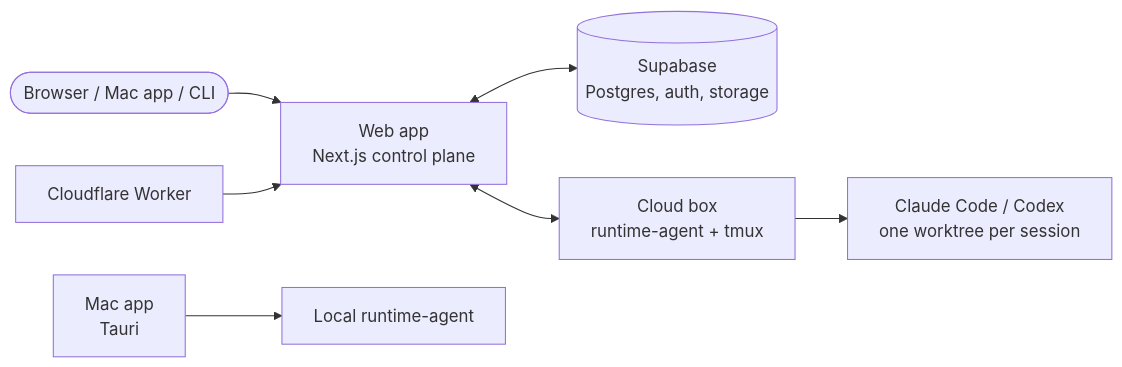
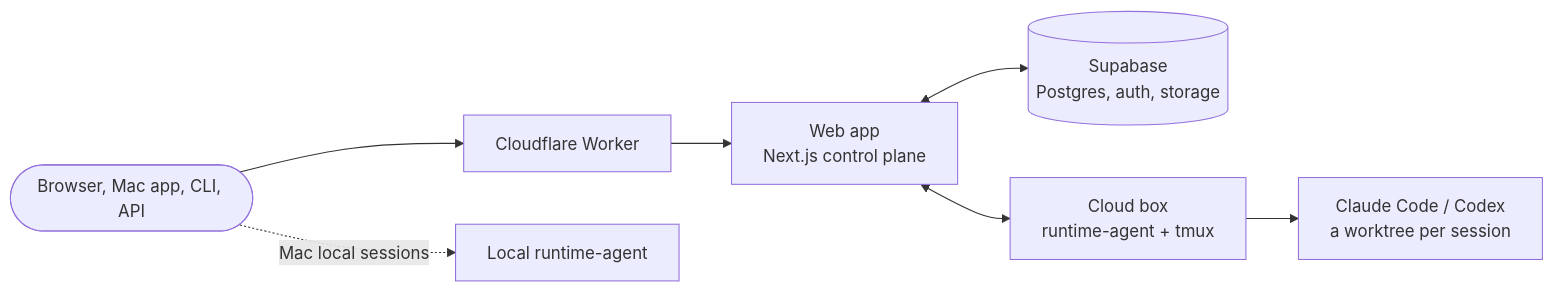
One commit to outrunner-sh/outrunner changed the diagram in README.md. Above: the diagram before and after it, drawn with Mermaid. The commit also changed 1 other file, not shown here.

Commit message:
README: tighter hero crop and a simpler architecture diagram
Crop the hero to the app window with transparent rounded corners so it sits
cleanly on GitHub's light theme, and put the Cloudflare Worker in front of
the control plane in the diagram.

````diff
--- a/README.md
+++ b/README.md
@@ -153,9 +153,9 @@
 ```mermaid
 flowchart LR
-  you([Browser / Mac app / CLI]) --> web["Web app<br/>Next.js control plane"]
+  you(["Browser, Mac app, CLI, API"]) --> edge["Cloudflare Worker"]
+  edge --> web["Web app<br/>Next.js control plane"]
   web <--> db[("Supabase<br/>Postgres, auth, storage")]
   web <--> box["Cloud box<br/>runtime-agent + tmux"]
-  box --> agents["Claude Code / Codex<br/>one worktree per session"]
-  mac["Mac app<br/>Tauri"] --> local["Local runtime-agent"]
-  edge["Cloudflare Worker"] --> web
+  box --> agents["Claude Code / Codex<br/>a worktree per session"]
+  you -. "Mac local sessions" .-> local["Local runtime-agent"]
 ```
````
